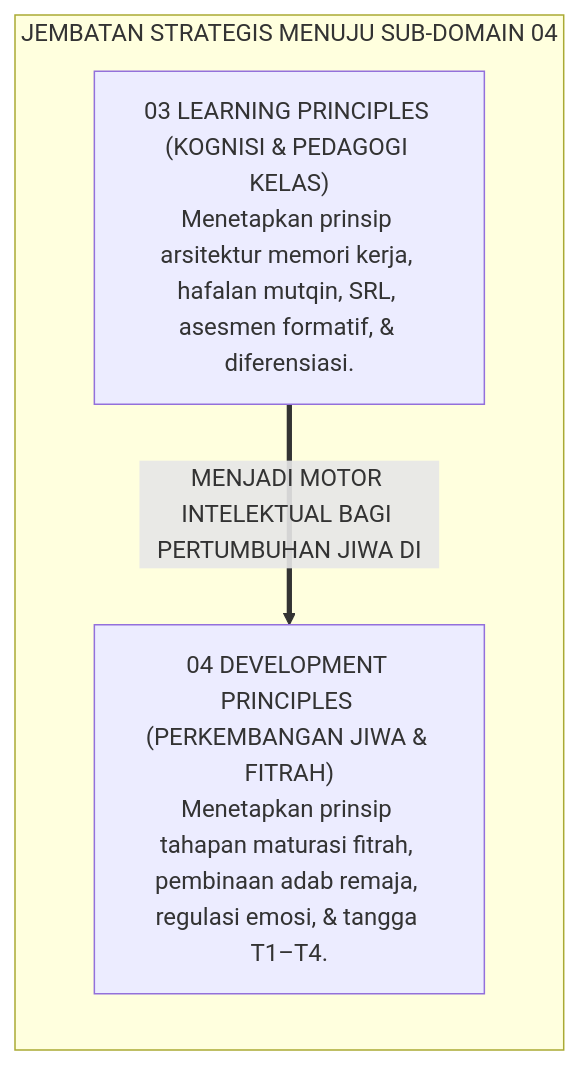
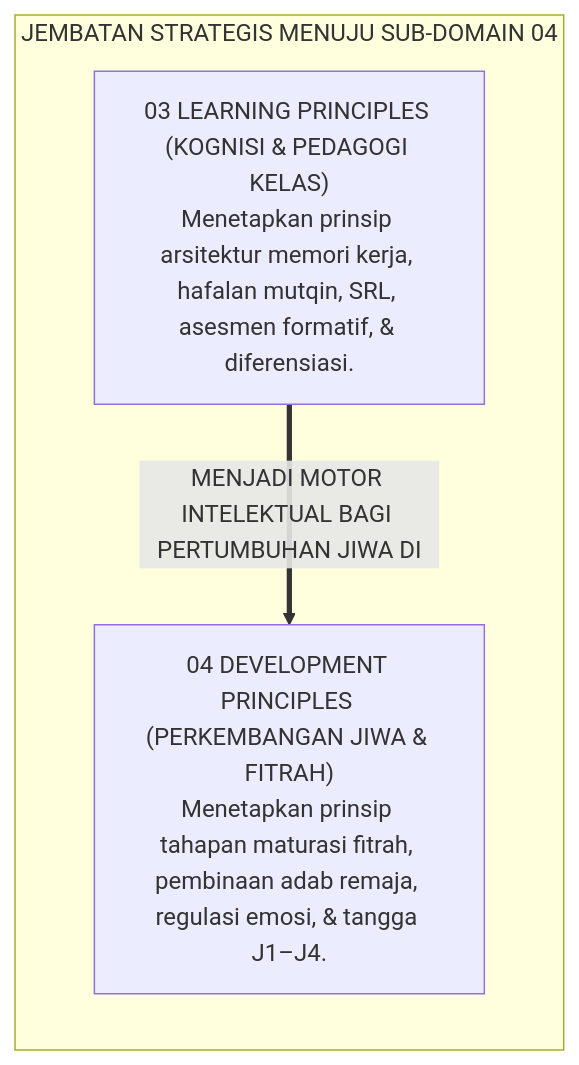
Before and after one commit to wandiapriliyandi/tumbuh: the third of 4 diagrams in 02 Principles/03 Learning Principles/P2-03-06-Sintesis-Learning-Principles-TUMBUH.md, drawn with Mermaid. The commit also changed 209 other files, not shown here.

````diff
--- a/02 Principles/03 Learning Principles/P2-03-06-Sintesis-Learning-Principles-TUMBUH.md
+++ b/02 Principles/03 Learning Principles/P2-03-06-Sintesis-Learning-Principles-TUMBUH.md
@@ -116,10 +116,10 @@
 ```mermaid
 graph LR
     subgraph JembatanKeDevelopmentPrinciples["JEMBATAN STRATEGIS MENUJU SUB-DOMAIN 04"]
         Learning["03 LEARNING PRINCIPLES (KOGNISI & PEDAGOGI KELAS)<br/>Menetapkan prinsip arsitektur memori kerja, hafalan mutqin, SRL, asesmen formatif, & diferensiasi."]
         
-        Development["04 DEVELOPMENT PRINCIPLES (PERKEMBANGAN JIWA & FITRAH)<br/>Menetapkan prinsip tahapan maturasi fitrah, pembinaan adab remaja, regulasi emosi, & tangga T1–T4."]
+        Development["04 DEVELOPMENT PRINCIPLES (PERKEMBANGAN JIWA & FITRAH)<br/>Menetapkan prinsip tahapan maturasi fitrah, pembinaan adab remaja, regulasi emosi, & tangga J1–J4."]
         
         Learning ==>|MENJADI MOTOR INTELEKTUAL BAGI PERTUMBUHAN JIWA DI| Development
     end
 ```
````
